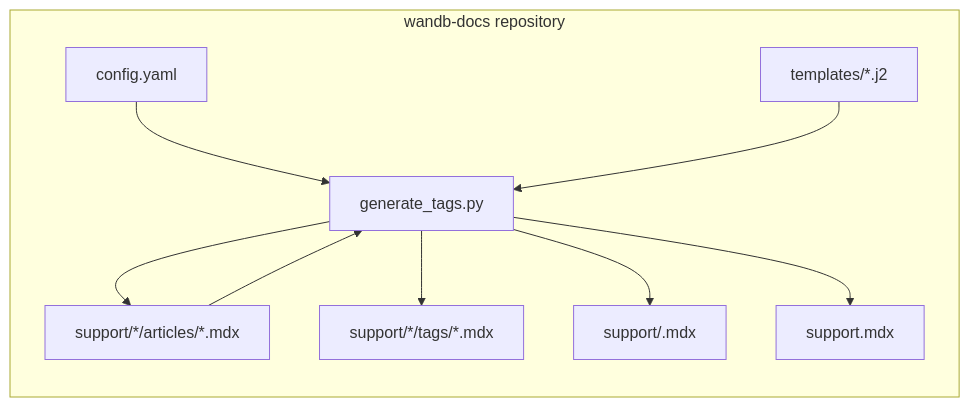
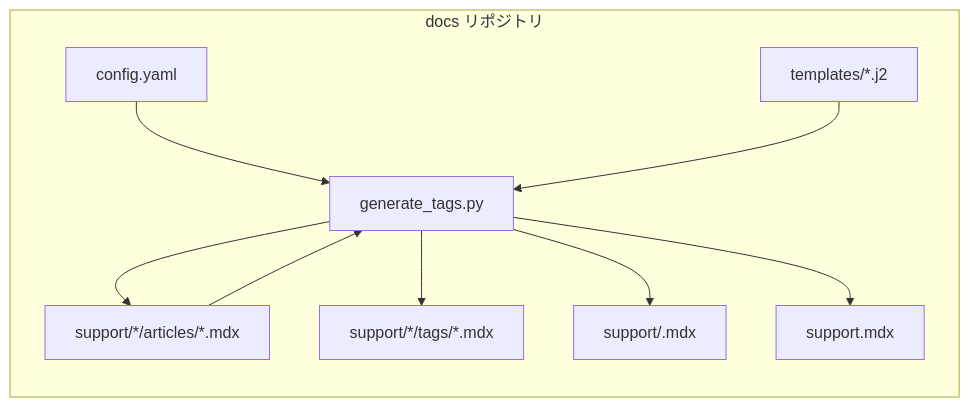
Before and after one commit to wandb/docs: the first of 4 diagrams in ja/scripts/knowledgebase-nav/Architecture.md, drawn with Mermaid. The commit also changed other lines of this file and 3 other files, not shown here.

````diff
--- a/ja/scripts/knowledgebase-nav/Architecture.md
+++ b/ja/scripts/knowledgebase-nav/Architecture.md
@@ -23,19 +23,19 @@
 ```mermaid
 flowchart LR
-  subgraph repo ["wandb-docs repository"]
+  subgraph repo ["docs リポジトリ"]
     CFG["config.yaml"]
     TPL["templates/*.j2"]
     ART["support/*/articles/*.mdx"]
     GEN["generate_tags.py"]
     OUT1["support/*/tags/*.mdx"]
     OUT2["support/<product>.mdx"]
     SM["support.mdx"]
   end
   CFG --> GEN
   TPL --> GEN
   ART --> GEN
   GEN --> OUT1
   GEN --> OUT2
   GEN --> SM
   GEN --> ART
 ```
````
